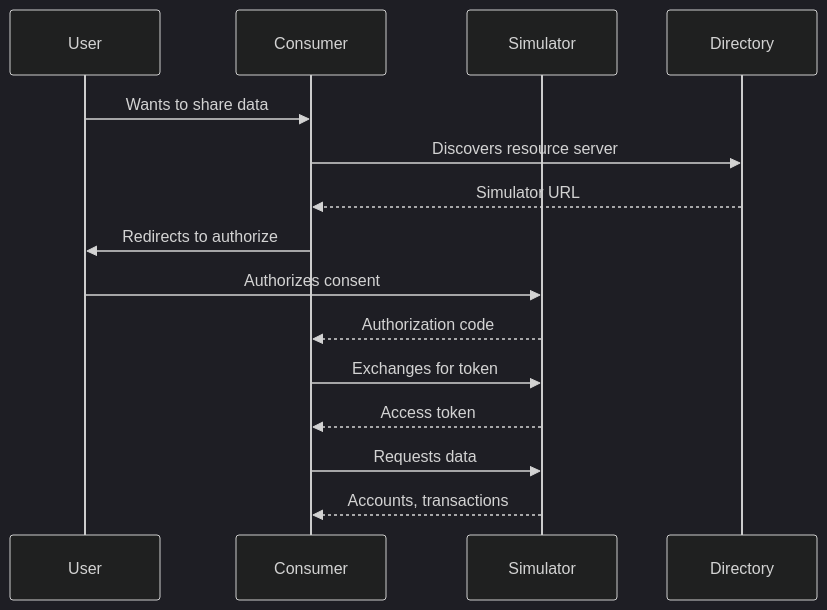
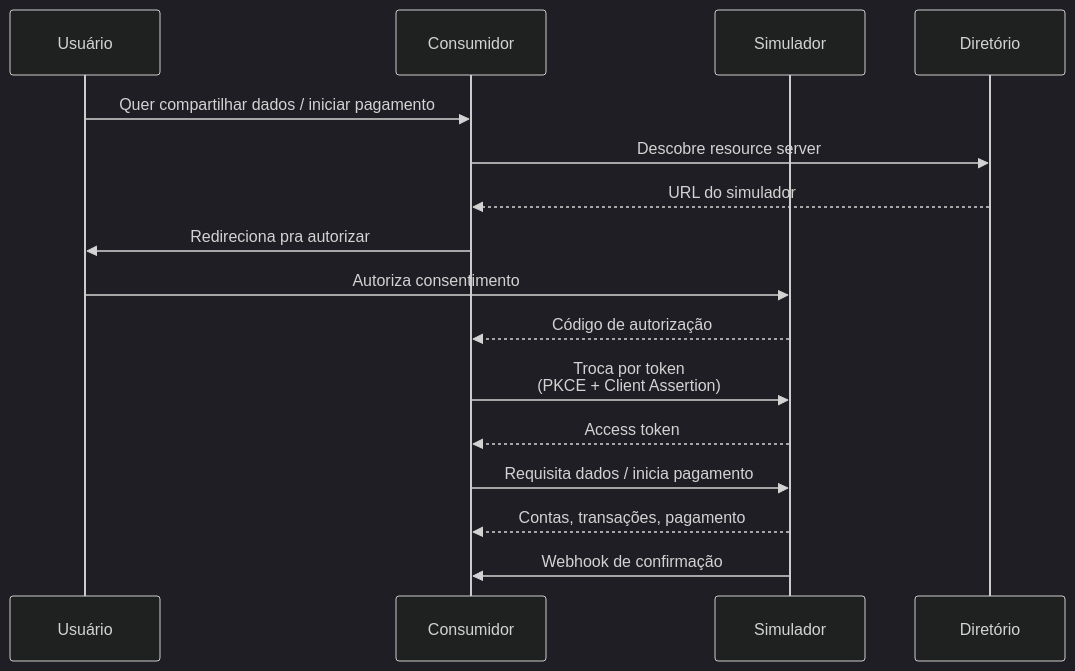
One commit to mateussiqueira/banking-stack changed the second of 3 diagrams in packages/docs/en/challenges/06-open-finance.md. Above: the diagram before and after it, drawn with Mermaid (dark theme). The commit also changed other lines of this file and 24 other files, not shown here.

First line of the commit message:
roadmap 100%: API playground, EN sync, premium, white-label

````diff
--- a/packages/docs/en/challenges/06-open-finance.md
+++ b/packages/docs/en/challenges/06-open-finance.md
@@ -16,18 +166,19 @@
 ```mermaid
 sequenceDiagram
-    participant User
-    participant Consumer
-    participant Simulator
-    participant Directory
+    participant U as Usuário
+    participant C as Consumidor
+    participant S as Simulador
+    participant D as Diretório
 
-    User->>Consumer: Wants to share data
-    Consumer->>Directory: Discovers resource server
-    Directory-->>Consumer: Simulator URL
-    Consumer->>User: Redirects to authorize
-    User->>Simulator: Authorizes consent
-    Simulator-->>Consumer: Authorization code
-    Consumer->>Simulator: Exchanges for token
-    Simulator-->>Consumer: Access token
-    Consumer->>Simulator: Requests data
-    Simulator-->>Consumer: Accounts, transactions
+    U->>C: Quer compartilhar dados / iniciar pagamento
+    C->>D: Descobre resource server
+    D-->>C: URL do simulador
+    C->>U: Redireciona pra autorizar
+    U->>S: Autoriza consentimento
+    S-->>C: Código de autorização
+    C->>S: Troca por token<br/>(PKCE + Client Assertion)
+    S-->>C: Access token
+    C->>S: Requisita dados / inicia pagamento
+    S-->>C: Contas, transações, pagamento
+    S->>C: Webhook de confirmação
 ```
````
